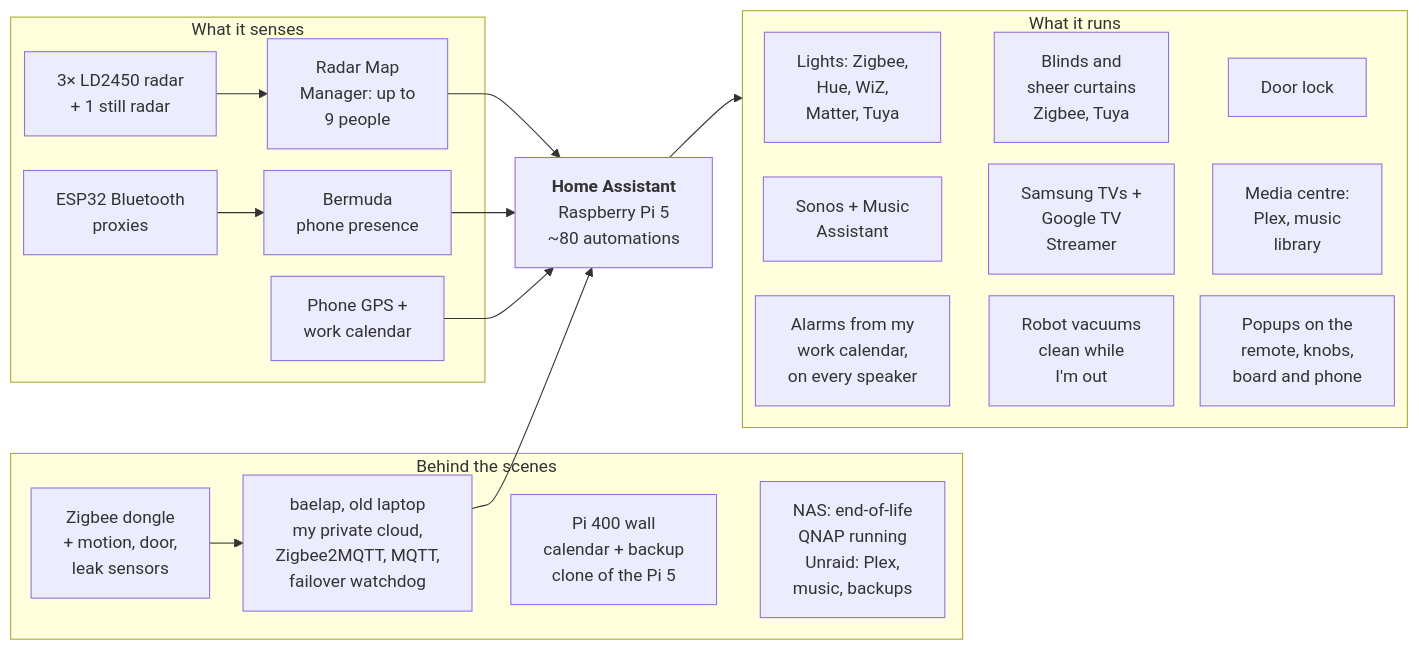
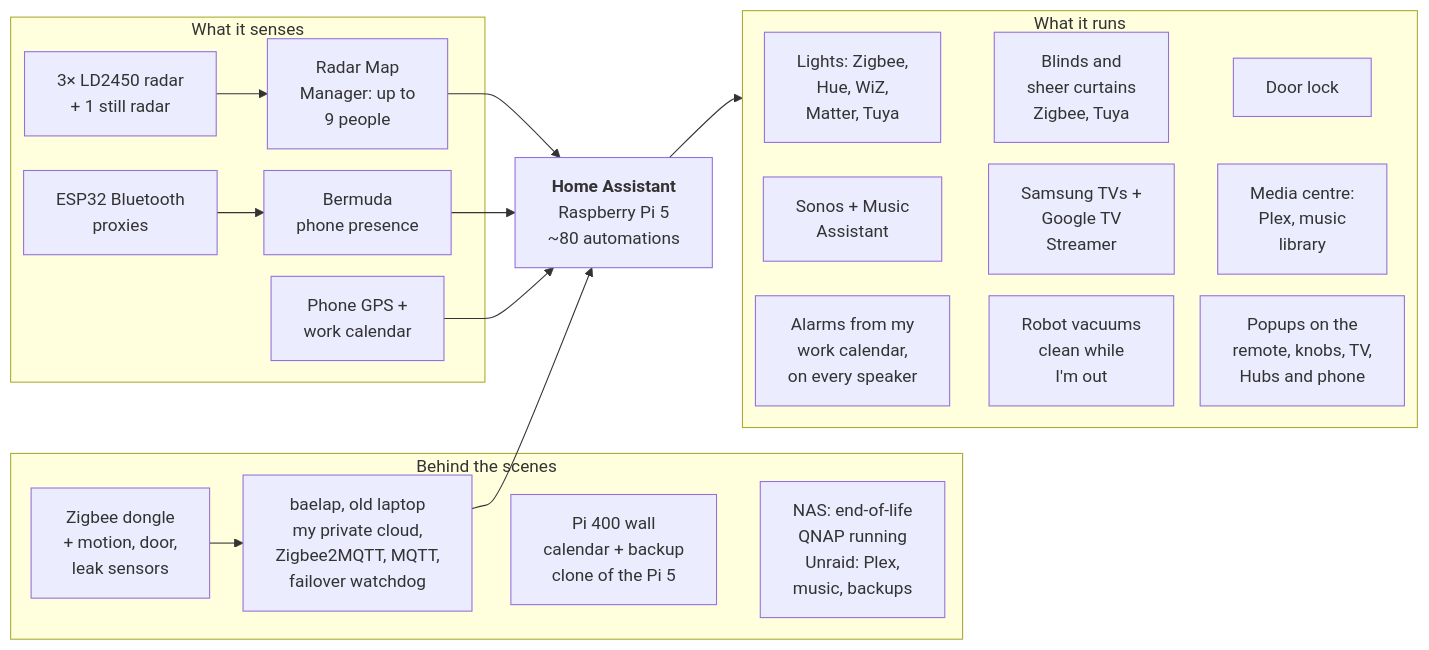
The diagram in README.md (baes-cloud/baes-cloud-home), drawn with Mermaid before and after one commit. The commit also changed other lines of this file and 24 other files, not shown here.

First line of the commit message:
Hardware room by room, the remote, TV and Nest Hub screens, presence GIFs, Radar Replay

````diff
--- a/README.md
+++ b/README.md
@@ -132,26 +156,26 @@
 ```mermaid
 %%{init: {"flowchart": {"nodeSpacing": 20, "rankSpacing": 24}}}%%
 flowchart LR
   %% "Behind the scenes" is declared first so it sits along the bottom; ~~~ links are invisible and only position boxes
   subgraph Infra[Behind the scenes]
     Dongle[Zigbee dongle<br/>+ motion, door,<br/>leak sensors] --> Lap[baelap, old laptop<br/>my private cloud,<br/>Zigbee2MQTT, MQTT,<br/>failover watchdog]
     Pi400[Pi 400 wall<br/>calendar + backup<br/>clone of the Pi 5]
     NAS[NAS: end-of-life<br/>QNAP running<br/>Unraid: Plex,<br/>music, backups]
   end
   subgraph Sense[What it senses]
     Radar[3× LD2450 radar<br/>+ 1 still radar] --> RMM[Radar Map<br/>Manager: up to<br/>9 people]
     BLE[ESP32 Bluetooth<br/>proxies] --> Bermuda[Bermuda<br/>phone presence]
     Cal[Phone GPS +<br/>work calendar]
   end
   Brain["<b>Home Assistant</b><br/>Raspberry Pi 5<br/>~80 automations"]
   subgraph Out[What it runs]
     Lights[Lights: Zigbee,<br/>Hue, WiZ,<br/>Matter, Tuya] ~~~ Blinds[Blinds and<br/>sheer curtains<br/>Zigbee, Tuya] ~~~ Door[Door lock]
     Sonos[Sonos + Music<br/>Assistant] ~~~ TVs[Samsung TVs +<br/>Google TV<br/>Streamer] ~~~ Media[Media centre:<br/>Plex, music<br/>library]
-    Alarms[Alarms from my<br/>work calendar,<br/>on every speaker] ~~~ Robots["Robot vacuums<br/>clean while<br/>I'm out"] ~~~ Screens[Popups on the<br/>remote, knobs,<br/>board and phone]
+    Alarms[Alarms from my<br/>work calendar,<br/>on every speaker] ~~~ Robots["Robot vacuums<br/>clean while<br/>I'm out"] ~~~ Screens[Popups on the<br/>remote, knobs, TV,<br/>Hubs and phone]
   end
   RMM & Bermuda & Cal & Lap --> Brain
   Brain --> Out
   Brain ~~~ Lights & Sonos & Alarms
   Cal ~~~ Pi400
   Lap ~~~ Pi400 ~~~ NAS
 ```
````
